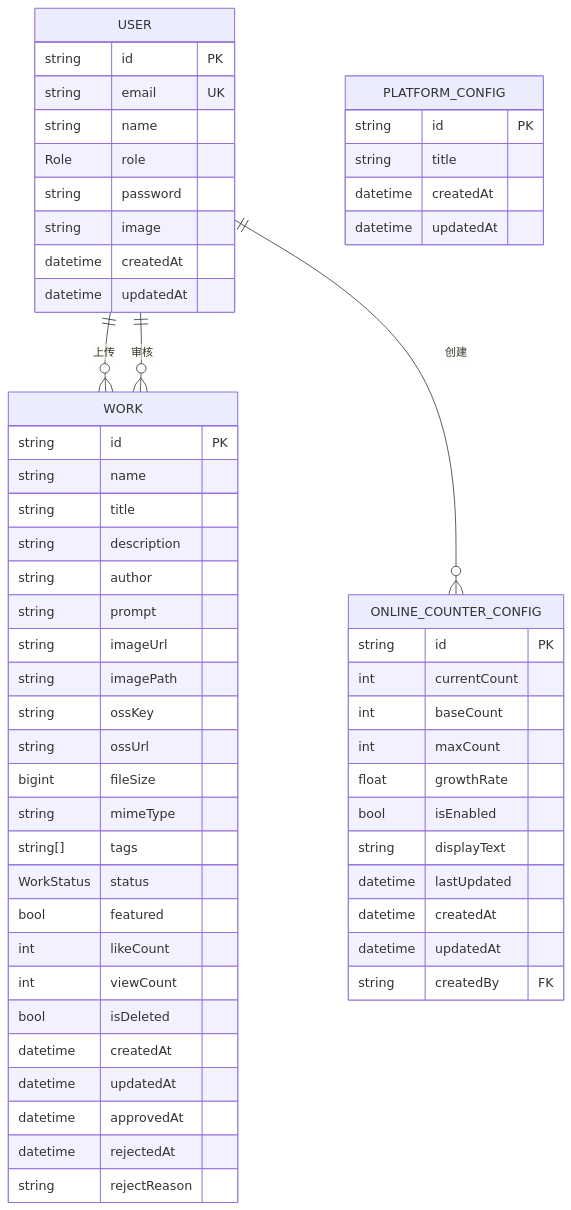
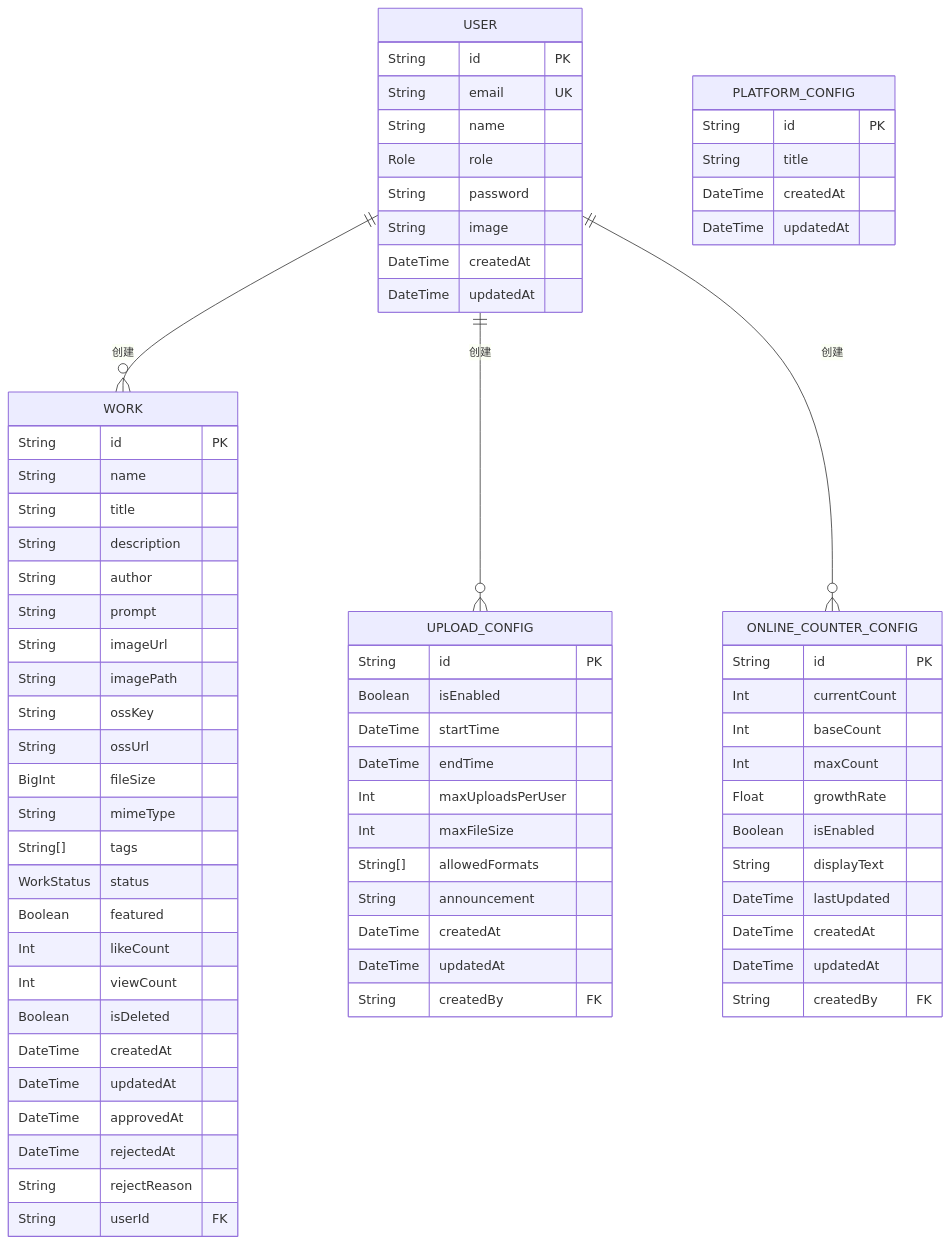
The diagram in .qoder/repowiki/zh/content/数据库设计/数据库设计.md (Eyre921/yunqi), drawn with Mermaid before and after one commit. The commit also changed other lines of this file and 24 other files, not shown here.

````diff
--- a/.qoder/repowiki/zh/content/数据库设计/数据库设计.md
+++ b/.qoder/repowiki/zh/content/数据库设计/数据库设计.md
@@ -163,60 +121,74 @@
 ```mermaid
 erDiagram
 USER {
-string id PK
-string email UK
-string name
+String id PK
+String email UK
+String name
 Role role
-string password
-string image
-datetime createdAt
-datetime updatedAt
+String password
+String image
+DateTime createdAt
+DateTime updatedAt
 }
 WORK {
-string id PK
-string name
-string title
-string description
-string author
-string prompt
-string imageUrl
-string imagePath
-string ossKey
-string ossUrl
-bigint fileSize
-string mimeType
-string[] tags
+String id PK
+String name
+String title
+String description
+String author
+String prompt
+String imageUrl
+String imagePath
+String ossKey
+String ossUrl
+BigInt fileSize
+String mimeType
+String[] tags
 WorkStatus status
-bool featured
-int likeCount
-int viewCount
-bool isDeleted
-datetime createdAt
-datetime updatedAt
-datetime approvedAt
-datetime rejectedAt
-string rejectReason
+Boolean featured
+Int likeCount
+Int viewCount
+Boolean isDeleted
+DateTime createdAt
+DateTime updatedAt
+DateTime approvedAt
+DateTime rejectedAt
+String rejectReason
+String userId FK
 }
 PLATFORM_CONFIG {
-string id PK
-string title
-datetime createdAt
-datetime updatedAt
+String id PK
+String title
+DateTime createdAt
+DateTime updatedAt
 }
 ONLINE_COUNTER_CONFIG {
-string id PK
-int currentCount
-int baseCount
-int maxCount
-float growthRate
-bool isEnabled
-string displayText
-datetime lastUpdated
-datetime createdAt
-datetime updatedAt
-string createdBy FK
+String id PK
+Int currentCount
+Int baseCount
+Int maxCount
+Float growthRate
+Boolean isEnabled
+String displayText
+DateTime lastUpdated
+DateTime createdAt
+DateTime updatedAt
+String createdBy FK
 }
-USER ||--o{ WORK : "上传"
+UPLOAD_CONFIG {
+String id PK
+Boolean isEnabled
+DateTime startTime
+DateTime endTime
+Int maxUploadsPerUser
+Int maxFileSize
+String[] allowedFormats
+String announcement
+DateTime createdAt
+DateTime updatedAt
+String createdBy FK
+}
+USER ||--o{ WORK : "创建"
+USER ||--o{ UPLOAD_CONFIG : "创建"
 USER ||--o{ ONLINE_COUNTER_CONFIG : "创建"
-USER ||--o{ WORK : "审核"
 ```
````
